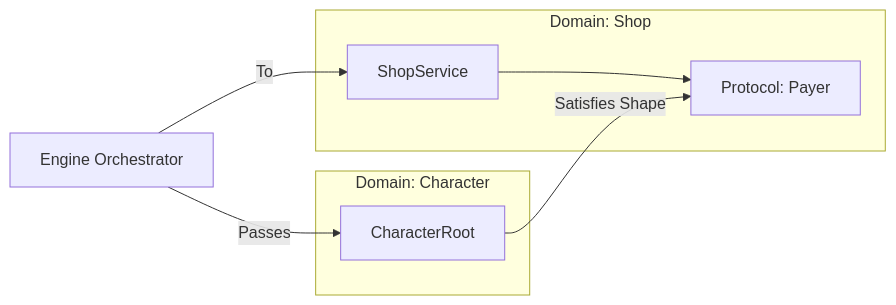
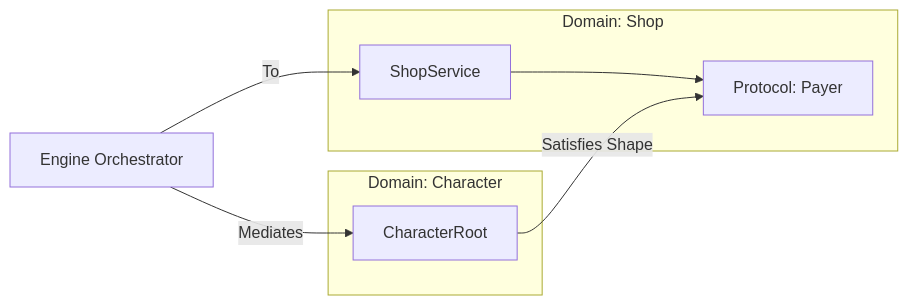
The fourth of 4 diagrams in docs/design/contracts.md (mnaatjes/oregon-trail-clone), drawn with Mermaid before and after one commit. The commit also changed other lines of this file, not shown here.

````diff
--- a/docs/design/contracts.md
+++ b/docs/design/contracts.md
@@ -101,14 +107,14 @@
 ```mermaid
 graph LR
     subgraph Root_Shop [Domain: Shop]
         ShopService --> PayerProtocol[Protocol: Payer]
     end
     
     subgraph Root_Character [Domain: Character]
         CharacterRoot
     end
     
     CharacterRoot -- "Satisfies Shape" --> PayerProtocol
-    Engine[Engine Orchestrator] -->|Passes| CharacterRoot
+    Engine[Engine Orchestrator] -->|Mediates| CharacterRoot
     Engine -->|To| ShopService
 ```
````
